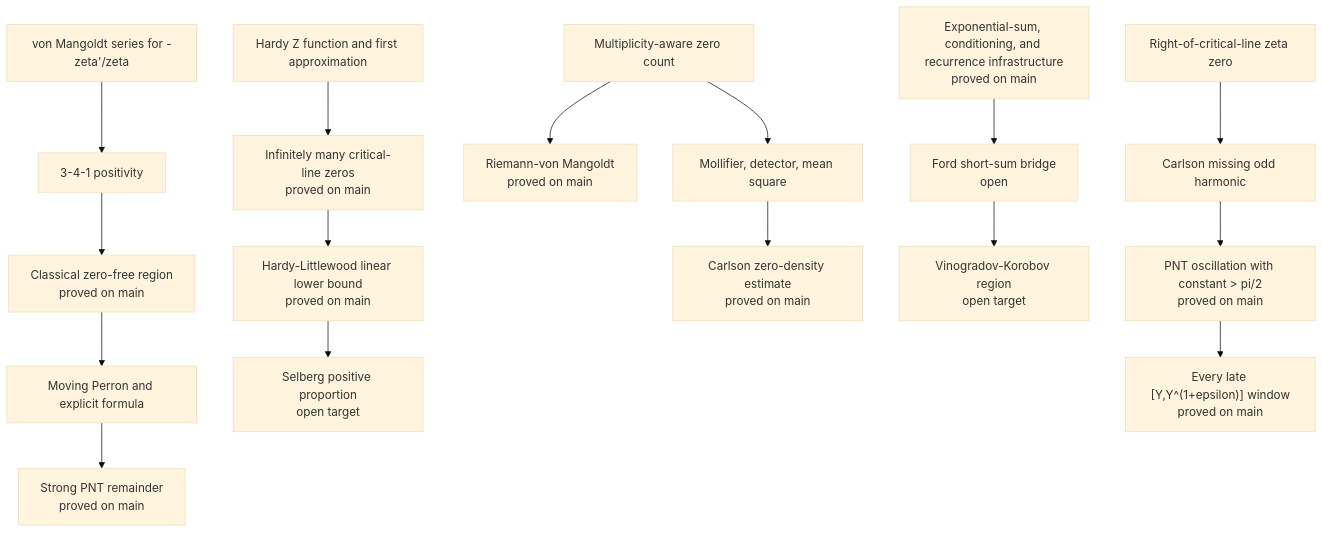
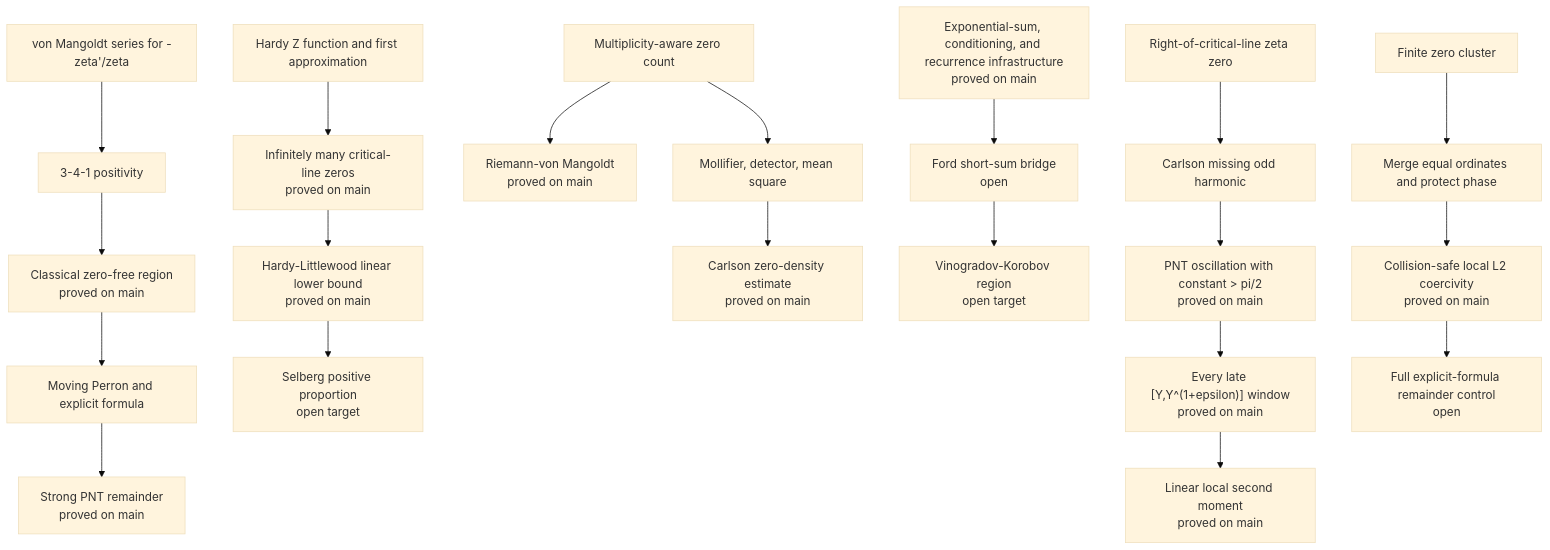
One commit to cc-chen-tech/riemann-pnt-lean4 changed the diagram in README.md. Above: the diagram before and after it, drawn with Mermaid (base theme). The commit also changed other lines of this file and 6 other files, not shown here.

````diff
--- a/README.md
+++ b/README.md
@@ -287,22 +318,27 @@
 ```mermaid
 flowchart TD
     A["von Mangoldt series for -zeta'/zeta"] --> B["3-4-1 positivity"]
     B --> C["Classical zero-free region<br/>proved on main"]
     C --> D["Moving Perron and explicit formula"]
     D --> E["Strong PNT remainder<br/>proved on main"]
 
     F["Hardy Z function and first approximation"] --> G["Infinitely many critical-line zeros<br/>proved on main"]
     G --> H["Hardy-Littlewood linear lower bound<br/>proved on main"]
     H --> I["Selberg positive proportion<br/>open target"]
 
     J["Multiplicity-aware zero count"] --> K["Riemann-von Mangoldt<br/>proved on main"]
     J --> L["Mollifier, detector, mean square"]
     L --> M["Carlson zero-density estimate<br/>proved on main"]
 
     N["Exponential-sum, conditioning, and recurrence infrastructure<br/>proved on main"] --> O["Ford short-sum bridge<br/>open"]
     O --> P["Vinogradov-Korobov region<br/>open target"]
 
     Q["Right-of-critical-line zeta zero"] --> R["Carlson missing odd harmonic"]
     R --> S["PNT oscillation with constant > pi/2<br/>proved on main"]
     S --> T["Every late [Y,Y^(1+epsilon)] window<br/>proved on main"]
+    T --> U["Linear local second moment<br/>proved on main"]
+
+    V["Finite zero cluster"] --> W["Merge equal ordinates and protect phase"]
+    W --> X["Collision-safe local L2 coercivity<br/>proved on main"]
+    X --> Z["Full explicit-formula remainder control<br/>open"]
 ```
````
